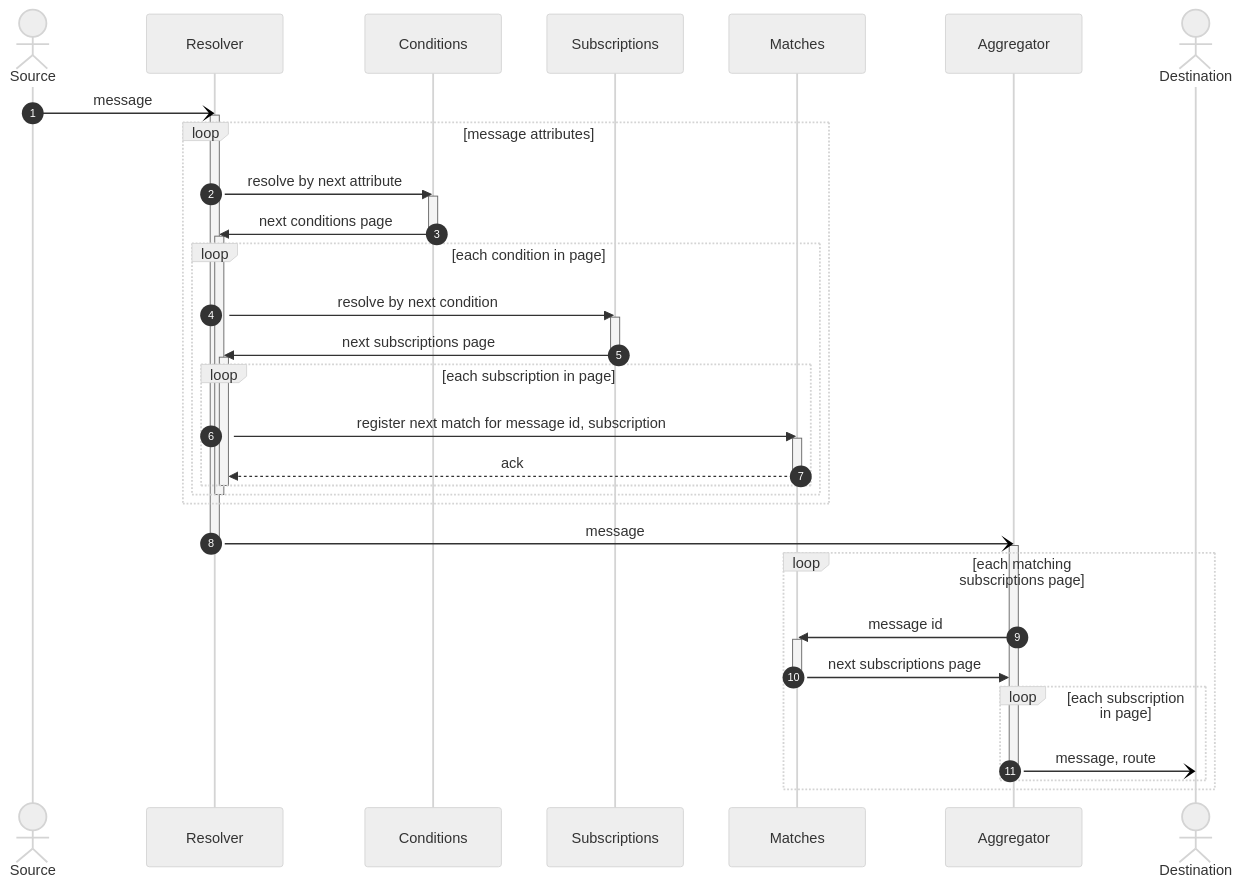
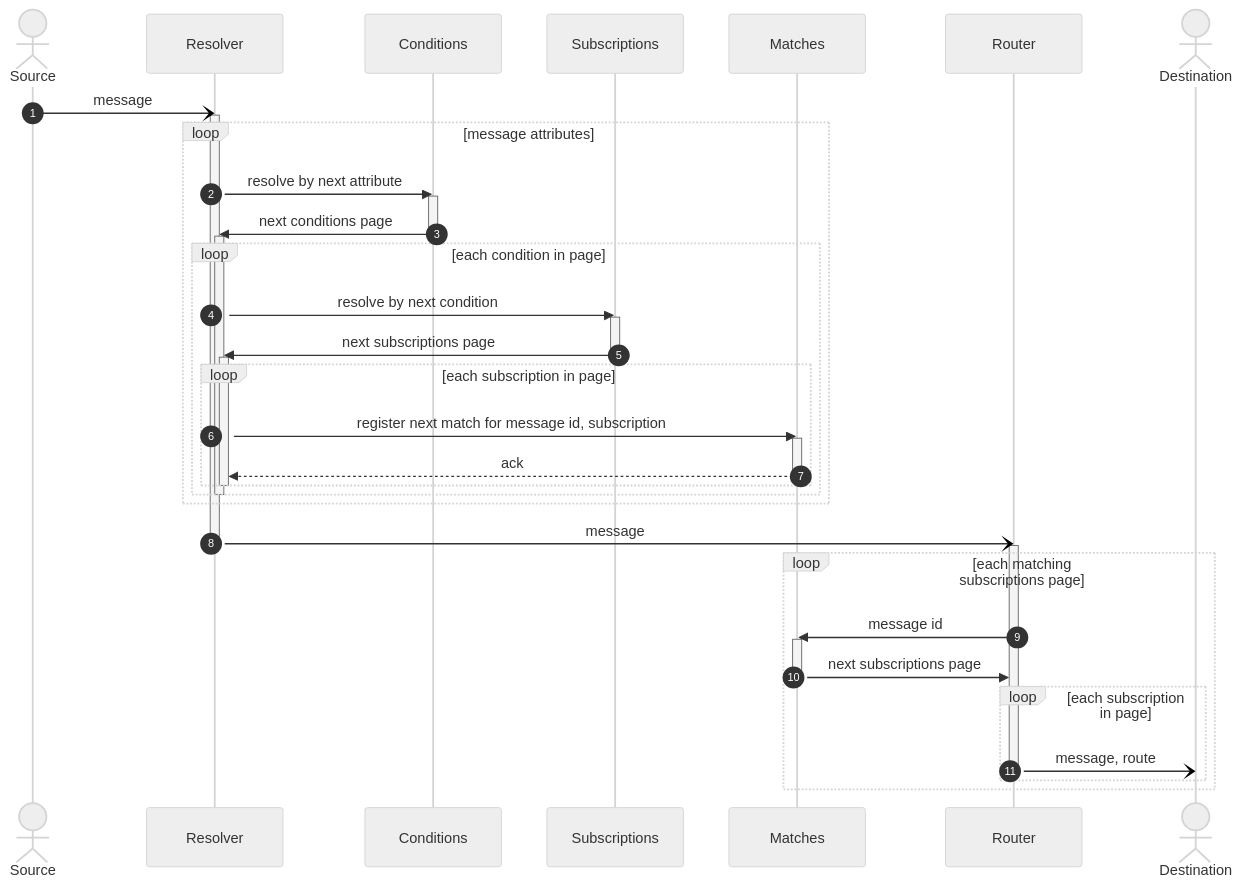
Before and after one commit to awakari/.github: the diagram in profile/README.md, drawn with Mermaid.

````diff
--- a/profile/README.md
+++ b/profile/README.md
@@ -70,63 +70,63 @@
 ```mermaid
 %%{init: {'theme': 'neutral' } }%%
 sequenceDiagram
 
     autonumber
 
     actor Source
     participant Resolver
     participant Conditions
     participant Subscriptions
     participant Matches
-    participant Aggregator
+    participant Router
     actor Destination
 
     Source-)Resolver: message
     activate Resolver
     
     loop message attributes
     
         Resolver->>Conditions: resolve by next attribute 
         activate Conditions
         Conditions->>Resolver: next conditions page
         deactivate Conditions
         
         activate Resolver
         loop each condition in page
             
             Resolver->>Subscriptions: resolve by next condition
             activate Subscriptions
             Subscriptions->>Resolver: next subscriptions page
             deactivate Subscriptions
             
             activate Resolver
             loop each subscription in page
                 Resolver->>Matches: register next match for message id, subscription
                 activate Matches
                 Matches-->>Resolver: ack
                 deactivate Matches
             end
             deactivate Resolver
             
         end
         deactivate Resolver
     end
         
-    Resolver-)Aggregator: message
+    Resolver-)Router: message
     deactivate Resolver
 
-    activate Aggregator
+    activate Router
     loop each matching subscriptions page
         
-        Aggregator->>Matches: message id
+        Router->>Matches: message id
         activate Matches
-        Matches->>Aggregator: next subscriptions page
+        Matches->>Router: next subscriptions page
         deactivate Matches
         
         loop each subscription in page
-            Aggregator-)Destination: message, route
-            deactivate Aggregator
+            Router-)Destination: message, route
+            deactivate Router
         end
         
     end
 ```
````
